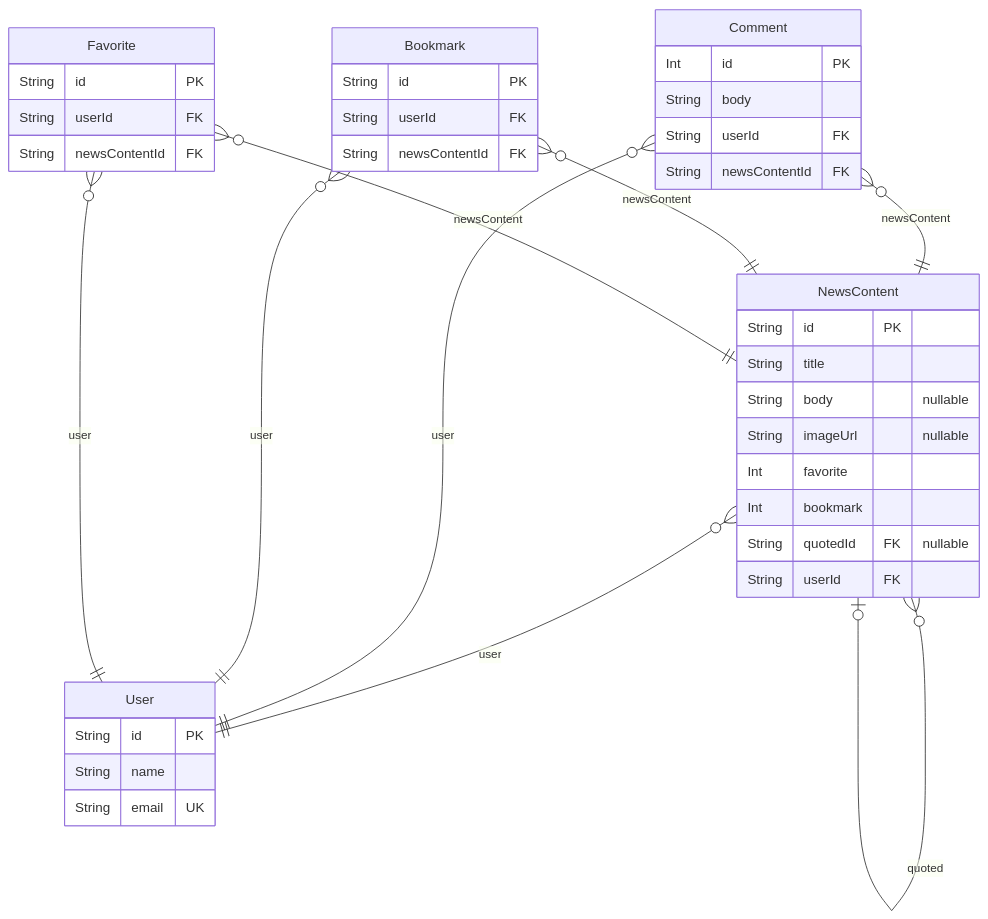
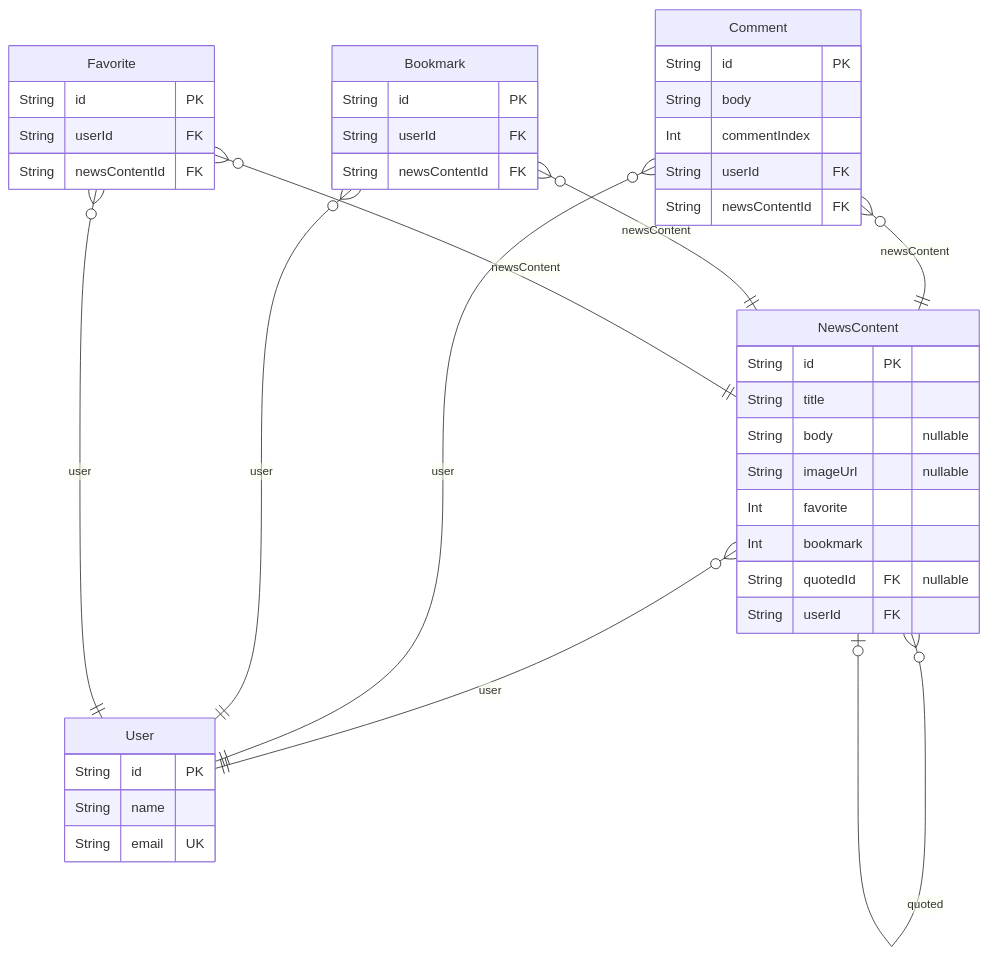
The diagram in prisma/ERD.md (negisosu/shinbun-sns-api), drawn with Mermaid before and after one commit. The commit also changed other lines of this file and 12 other files, not shown here.

````diff
--- a/prisma/ERD.md
+++ b/prisma/ERD.md
@@ -9,42 +9,43 @@
 ```mermaid
 erDiagram
 "User" {
   String id PK
   String name
   String email UK
 }
 "NewsContent" {
   String id PK
   String title
   String body "nullable"
   String imageUrl "nullable"
   Int favorite
   Int bookmark
   String quotedId FK "nullable"
   String userId FK
 }
 "Comment" {
-  Int id PK
+  String id PK
   String body
+  Int commentIndex
   String userId FK
   String newsContentId FK
 }
 "Bookmark" {
   String id PK
   String userId FK
   String newsContentId FK
 }
 "Favorite" {
   String id PK
   String userId FK
   String newsContentId FK
 }
 "NewsContent" }o--o| "NewsContent" : quoted
 "NewsContent" }o--|| "User" : user
 "Comment" }o--|| "User" : user
 "Comment" }o--|| "NewsContent" : newsContent
 "Bookmark" }o--|| "User" : user
 "Bookmark" }o--|| "NewsContent" : newsContent
 "Favorite" }o--|| "User" : user
 "Favorite" }o--|| "NewsContent" : newsContent
 ```
````
